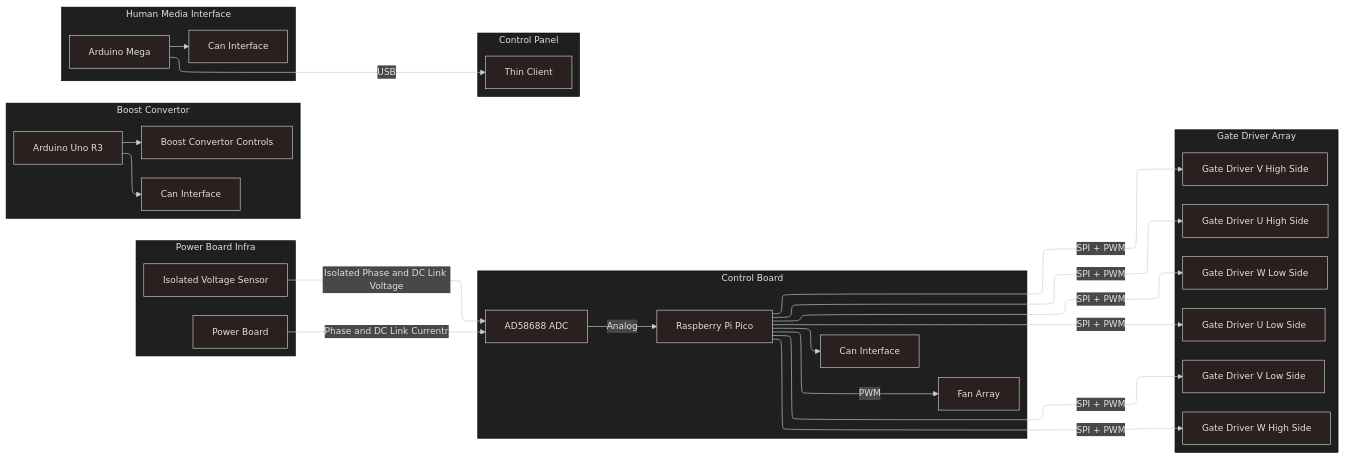
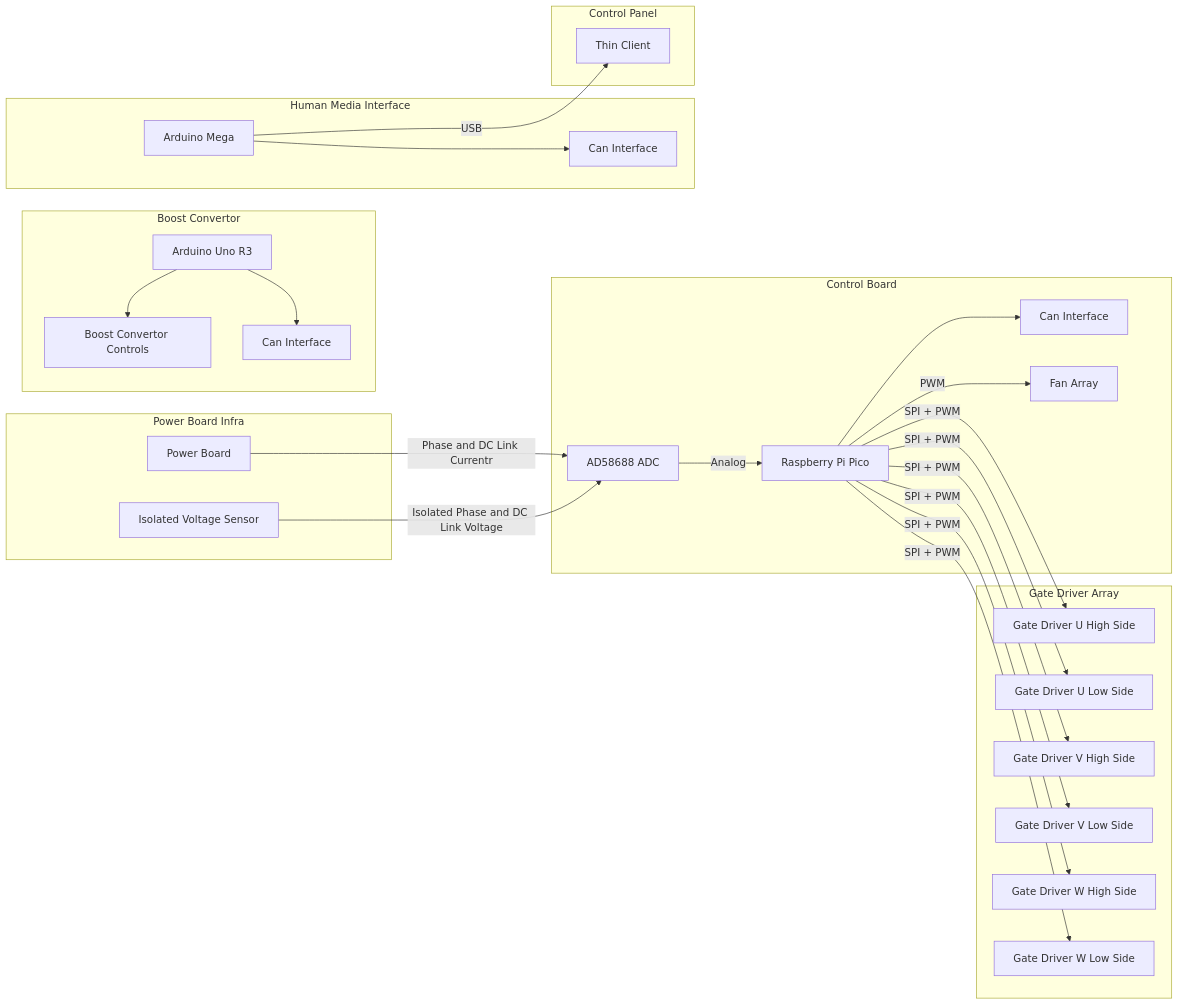
Before and after one commit to Slugbotics/railspeeder-docs: the diagram in docs/Railspeeder-Systems.md, drawn with Mermaid. The commit also changed 1 other file, not shown here.

````diff
--- a/docs/Railspeeder-Systems.md
+++ b/docs/Railspeeder-Systems.md
@@ -17,66 +17,61 @@
 ```mermaid
----
-config:
-  theme: neo-dark
-  layout: elk
----
 flowchart LR
 
     subgraph CB[Control Board]
         PICO[Raspberry Pi Pico]
         ADC[AD58688 ADC]
         CAN[Can Interface]
         FAN[Fan Array]
 
         ADC-->|Analog|PICO
 
         PICO-->CAN
         PICO-->|PWM|FAN        
     end
 
     subgraph GDA[Gate Driver Array]
         UH[Gate Driver U High Side]
         UL[Gate Driver U Low Side]
         VH[Gate Driver V High Side]
         VL[Gate Driver V Low Side]
         WH[Gate Driver W High Side]
         WL[Gate Driver W Low Side]
 
         PICO-->|SPI + PWM|UH
         PICO-->|SPI + PWM|UL
         PICO-->|SPI + PWM|VH
         PICO-->|SPI + PWM|VL
         PICO-->|SPI + PWM|WH
         PICO-->|SPI + PWM|WL
 
     end
 
     subgraph PBI[Power Board Infra]
         PB[Power Board]
         IV[Isolated Voltage Sensor]
 
         PB-->|Phase and DC Link Currentr|ADC
         IV-->|Isolated Phase and DC Link Voltage|ADC
     end
 
     subgraph BC[Boost Convertor]
         R3[Arduino Uno R3]
         BCC[Boost Convertor Controls]
         CAB[Can Interface]
 
         R3-->BCC
         R3-->CAB
     end
 
     subgraph HMI[Human Media Interface]
         AM[Arduino Mega]
         CAH[Can Interface]
 
         AM-->CAH
     end
 
     subgraph CP[Control Panel]
         TC[Thin Client]
         AM-->|USB|TC
     end
 ```
````
